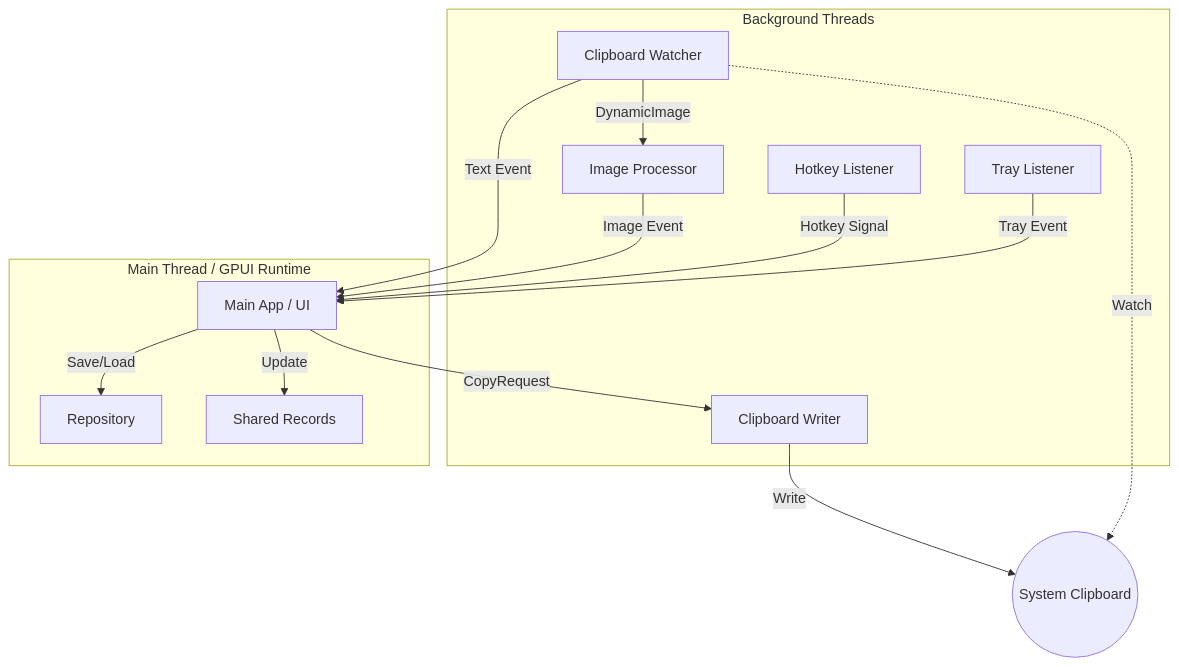
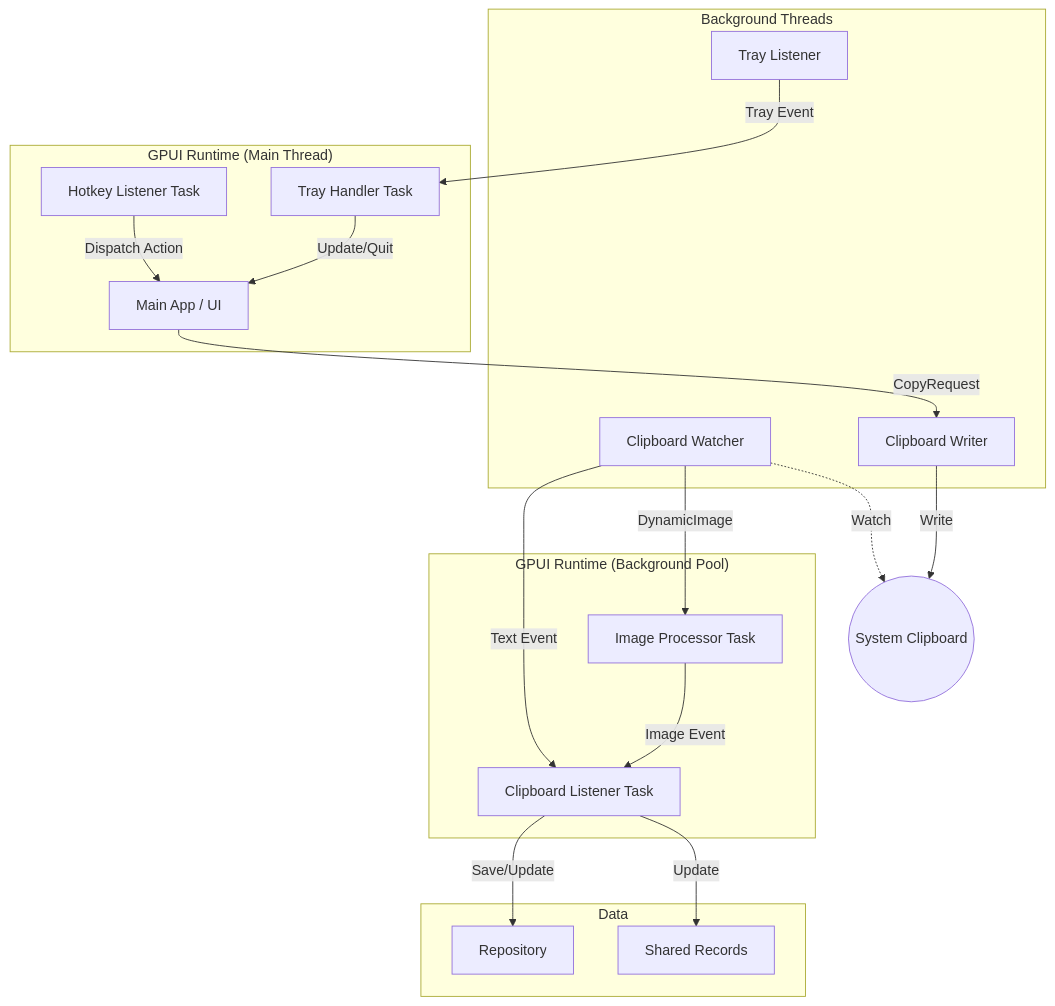
The first of 2 diagrams in doc/Concurrency.md (StudentWeis/ropy), drawn with Mermaid before and after one commit. The commit also changed other lines of this file, not shown here.

Commit message:
docs: update concurrency documentation to clarify threading model and message passing flow

````diff
--- a/doc/Concurrency.md
+++ b/doc/Concurrency.md
@@ -53,34 +53,41 @@
 ```mermaid
 graph TD
     subgraph "Background Threads"
         CW[Clipboard Watcher]
-        IP[Image Processor]
         CWr[Clipboard Writer]
-        HL[Hotkey Listener]
         TL[Tray Listener]
     end
 
-    subgraph "Main Thread / GPUI Runtime"
+    subgraph "GPUI Runtime (Main Thread)"
         Main[Main App / UI]
+        HL[Hotkey Listener Task]
+        TH[Tray Handler Task]
+    end
+
+    subgraph "GPUI Runtime (Background Pool)"
+        IP[Image Processor Task]
+        CL[Clipboard Listener Task]
+    end
+
+    subgraph "Data"
         Repo[Repository]
         Shared[Shared Records]
     end
 
     %% Clipboard Monitoring
-    CW -- "Text Event" --> Main
+    CW -- "Text Event" --> CL
     CW -- "DynamicImage" --> IP
-    IP -- "Image Event" --> Main
-
-    %% Data Persistence
-    Main -- "Save/Load" --> Repo
-    Main -- "Update" --> Shared
+    IP -- "Image Event" --> CL
+    CL -- "Save/Update" --> Repo
+    CL -- "Update" --> Shared
 
     %% User Input
-    HL -- "Hotkey Signal" --> Main
-    TL -- "Tray Event" --> Main
+    HL -- "Dispatch Action" --> Main
+    TL -- "Tray Event" --> TH
+    TH -- "Update/Quit" --> Main
 
     %% Clipboard Writing
     Main -- "CopyRequest" --> CWr
     CWr -- "Write" --> SystemClipboard((System Clipboard))
     CW -. "Watch" .-> SystemClipboard
 ```
````
